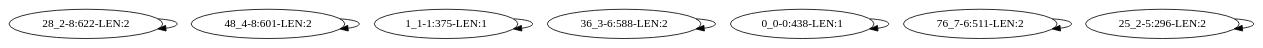
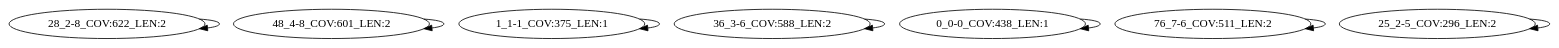
One commit to bluenote-1577/devider-test changed the diagram in amr_snaketest/results/MEG_2804xxDrugsxxMLSxx23S_rRNA_methyltransferasesxxERMB_dbghaplo/intermediate/assembly_graph.dot. Above: the diagram before and after it, drawn with Graphviz. The commit also changed 3998 other files, not shown here.

```diff
--- a/amr_snaketest/results/MEG_2804xxDrugsxxMLSxx23S_rRNA_methyltransferasesxxERMB_dbghaplo/intermediate/assembly_graph.dot
+++ b/amr_snaketest/results/MEG_2804xxDrugsxxMLSxx23S_rRNA_methyltransferasesxxERMB_dbghaplo/intermediate/assembly_graph.dot
@@ -1,9 +1,9 @@
 digraph G {
-    "28_2-8:622-LEN:2" -> "28_2-8:622-LEN:2";
-    "48_4-8:601-LEN:2" -> "48_4-8:601-LEN:2";
-    "1_1-1:375-LEN:1" -> "1_1-1:375-LEN:1";
-    "36_3-6:588-LEN:2" -> "36_3-6:588-LEN:2";
-    "0_0-0:438-LEN:1" -> "0_0-0:438-LEN:1";
-    "76_7-6:511-LEN:2" -> "76_7-6:511-LEN:2";
-    "25_2-5:296-LEN:2" -> "25_2-5:296-LEN:2";
+    "28_2-8_COV:622_LEN:2" -> "28_2-8_COV:622_LEN:2";
+    "48_4-8_COV:601_LEN:2" -> "48_4-8_COV:601_LEN:2";
+    "1_1-1_COV:375_LEN:1" -> "1_1-1_COV:375_LEN:1";
+    "36_3-6_COV:588_LEN:2" -> "36_3-6_COV:588_LEN:2";
+    "0_0-0_COV:438_LEN:1" -> "0_0-0_COV:438_LEN:1";
+    "76_7-6_COV:511_LEN:2" -> "76_7-6_COV:511_LEN:2";
+    "25_2-5_COV:296_LEN:2" -> "25_2-5_COV:296_LEN:2";
 }
```
